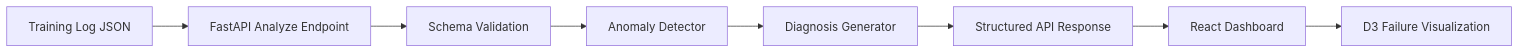
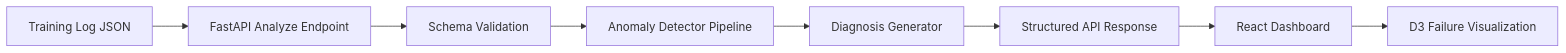
The first of 3 diagrams in docs/ARCHITECTURE.md (agarwalpragya/trainlens-ai), drawn with Mermaid before and after one commit. The commit also changed other lines of this file and 6 other files, not shown here.

````diff
--- a/docs/ARCHITECTURE.md
+++ b/docs/ARCHITECTURE.md
@@ -17,10 +17,10 @@
 ```mermaid
 flowchart LR
     A[Training Log JSON] --> B[FastAPI Analyze Endpoint]
     B --> C[Schema Validation]
-    C --> D[Anomaly Detector]
+    C --> D[Anomaly Detector Pipeline]
     D --> E[Diagnosis Generator]
     E --> F[Structured API Response]
     F --> G[React Dashboard]
     G --> H[D3 Failure Visualization]
 ```
````
